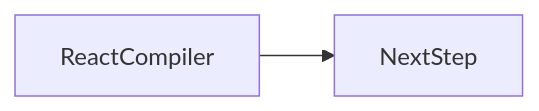
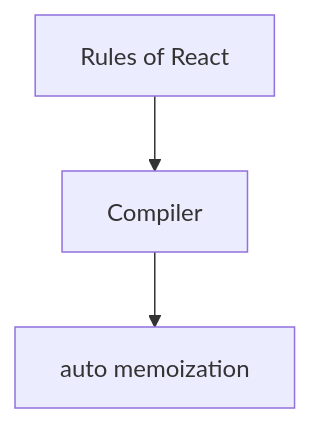
Before and after one commit to OmidJavaherii/Frontend-Engineering-Handbook: the second of 2 diagrams in docs/en/10-react/react-compiler/index.md, drawn with Mermaid. The commit also changed other lines of this file and 461 other files, not shown here.

````diff
--- a/docs/en/10-react/react-compiler/index.md
+++ b/docs/en/10-react/react-compiler/index.md
@@ -96,4 +108,5 @@
 ```mermaid
-flowchart LR
-  concept[ReactCompiler] --> nextStep[NextStep]
+flowchart TD
+  Rules[Rules of React] --> Compiler
+  Compiler --> AutoMemo[auto memoization]
 ```
````
